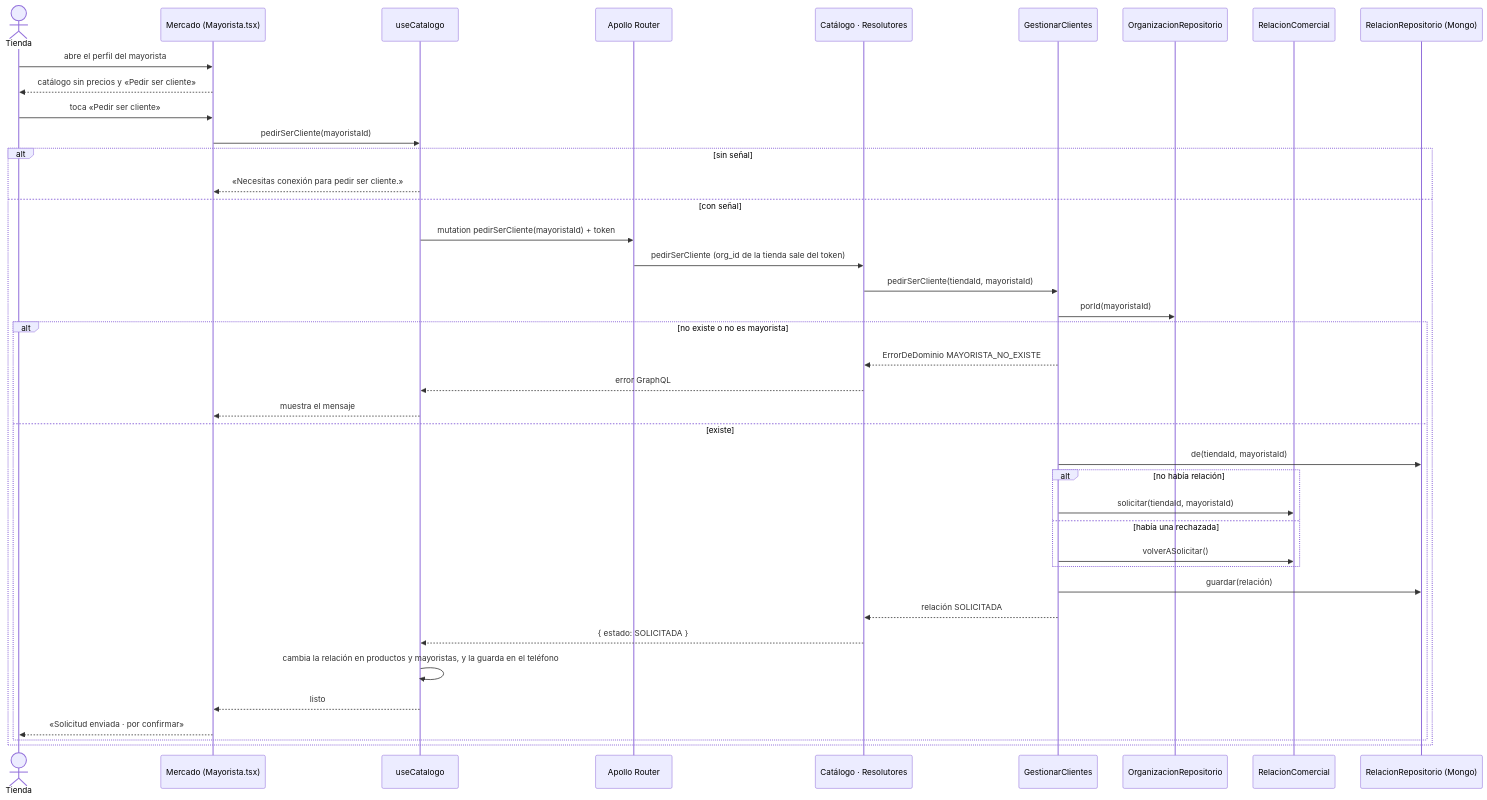
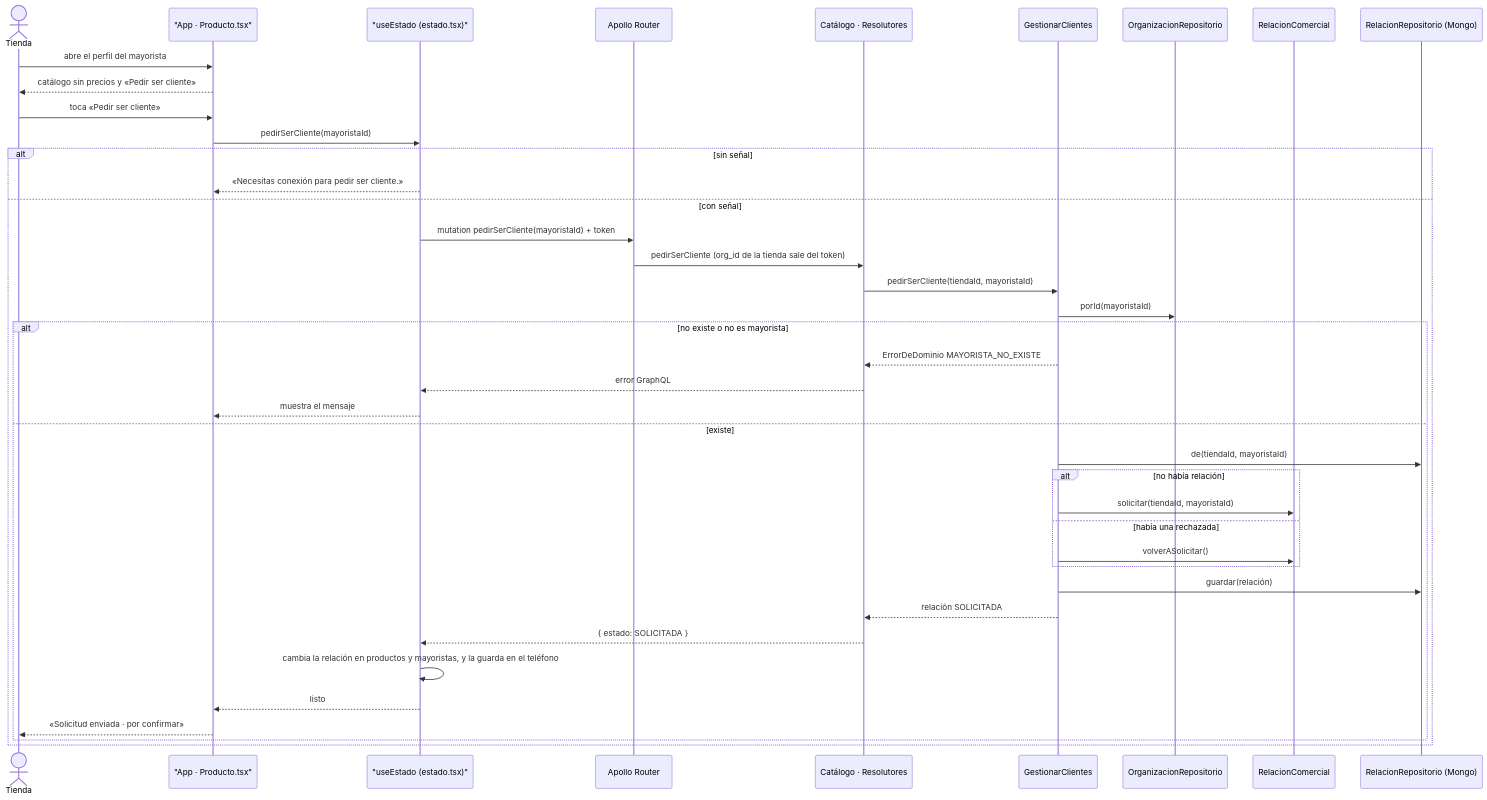
One commit to AndyQdev/abasto changed the diagram in docs/iconix/secuencia/CU-03.md. Above: the diagram before and after it, drawn with Mermaid. The commit also changed other lines of this file and 15 other files, not shown here.

````diff
--- a/docs/iconix/secuencia/CU-03.md
+++ b/docs/iconix/secuencia/CU-03.md
@@ -3,43 +3,43 @@
 ```mermaid
 sequenceDiagram
   actor T as Tienda
-  participant M as Mercado (Mayorista.tsx)
-  participant U as useCatalogo
+  participant M as "App · Producto.tsx"
+  participant U as "useEstado (estado.tsx)"
   participant R as Apollo Router
   participant RS as Catálogo · Resolutores
   participant G as GestionarClientes
   participant O as OrganizacionRepositorio
   participant RC as RelacionComercial
   participant RR as RelacionRepositorio (Mongo)
 
   T->>M: abre el perfil del mayorista
   M-->>T: catálogo sin precios y «Pedir ser cliente»
   T->>M: toca «Pedir ser cliente»
   M->>U: pedirSerCliente(mayoristaId)
   alt sin señal
     U-->>M: «Necesitas conexión para pedir ser cliente.»
   else con señal
     U->>R: mutation pedirSerCliente(mayoristaId) + token
     R->>RS: pedirSerCliente (org_id de la tienda sale del token)
     RS->>G: pedirSerCliente(tiendaId, mayoristaId)
     G->>O: porId(mayoristaId)
     alt no existe o no es mayorista
       G-->>RS: ErrorDeDominio MAYORISTA_NO_EXISTE
       RS-->>U: error GraphQL
       U-->>M: muestra el mensaje
     else existe
       G->>RR: de(tiendaId, mayoristaId)
       alt no había relación
         G->>RC: solicitar(tiendaId, mayoristaId)
       else había una rechazada
         G->>RC: volverASolicitar()
       end
       G->>RR: guardar(relación)
       G-->>RS: relación SOLICITADA
       RS-->>U: { estado: SOLICITADA }
       U->>U: cambia la relación en productos y mayoristas, y la guarda en el teléfono
       U-->>M: listo
       M-->>T: «Solicitud enviada · por confirmar»
     end
   end
 ```
````
